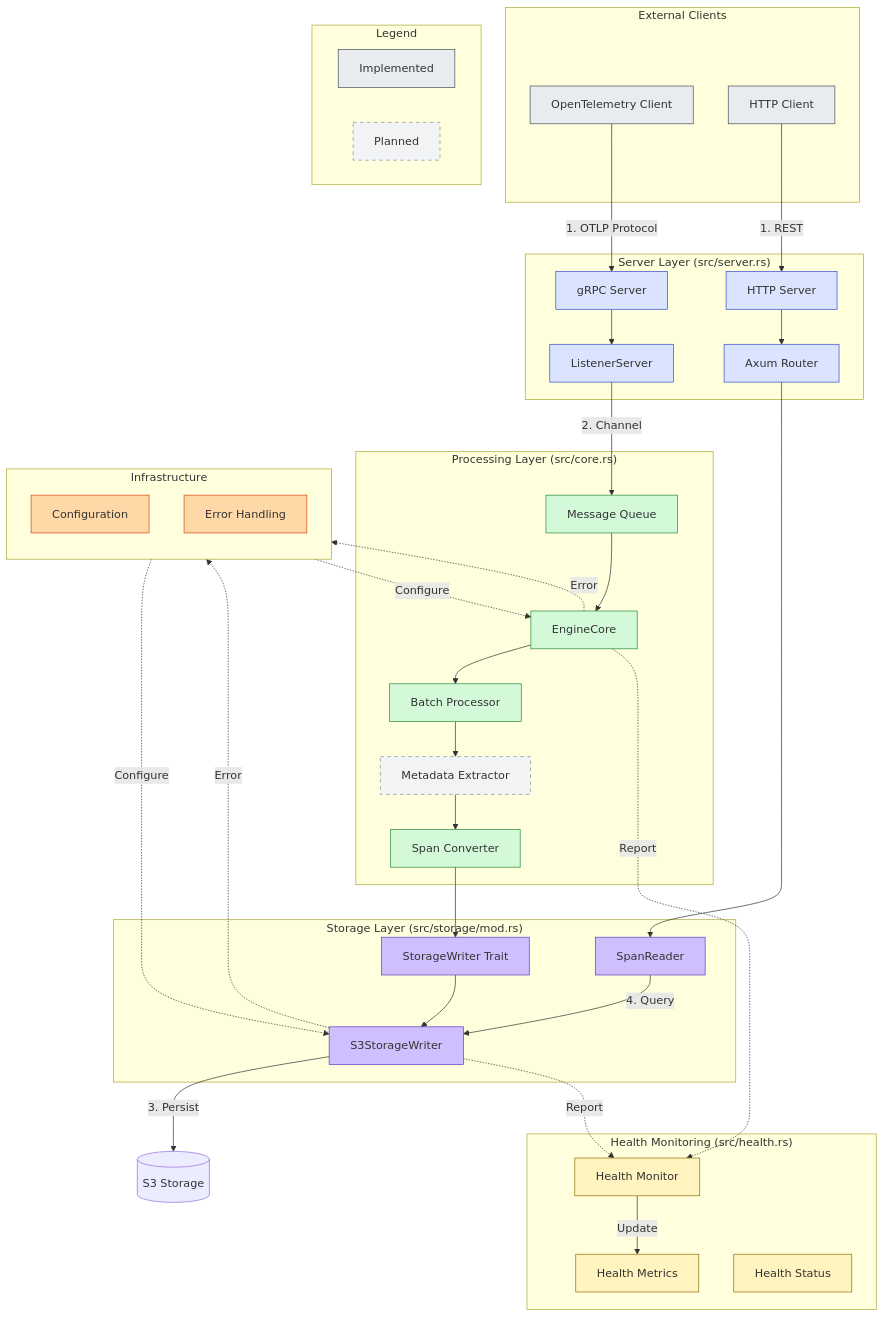
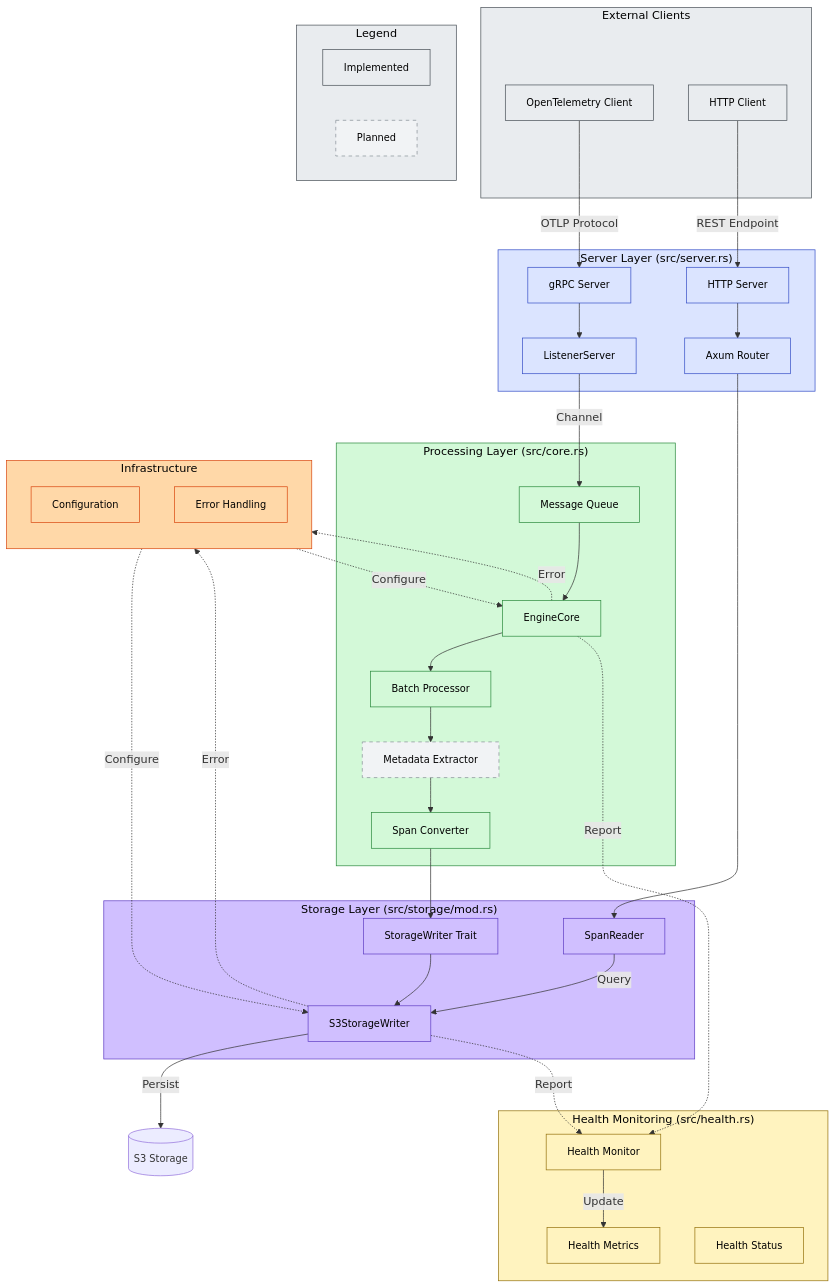
Before and after one commit to shivanshuraj1333/storage-engine: the diagram in Readme.md, drawn with Mermaid.

````diff
--- a/Readme.md
+++ b/Readme.md
@@ -60,103 +60,142 @@
 ```mermaid
 graph TD
-    %% Client Layer
+
+    %% ---------------------------------------------
+    %%  GLOBAL STYLES
+    %% ---------------------------------------------
+    classDef default font-size:14px
+
+    %% ---------------------------------------------
+    %%  CLIENT LAYER
+    %% ---------------------------------------------
     subgraph Clients["External Clients"]
         OTLP[OpenTelemetry Client]
         HTTP[HTTP Client]
-        style OTLP fill:#e9ecef,stroke:#495057
-        style HTTP fill:#e9ecef,stroke:#495057
+        style OTLP fill:#E9ECEF,stroke:#495057,color:#000
+        style HTTP fill:#E9ECEF,stroke:#495057,color:#000
     end
 
-    %% Server Layer
+    %% ---------------------------------------------
+    %%  SERVER LAYER
+    %% ---------------------------------------------
     subgraph Server["Server Layer (src/server.rs)"]
         GS[gRPC Server]
         HS[HTTP Server]
         LS[ListenerServer]
         Router[Axum Router]
-        style GS fill:#dbe4ff,stroke:#364fc7
-        style HS fill:#dbe4ff,stroke:#364fc7
-        style LS fill:#dbe4ff,stroke:#364fc7
-        style Router fill:#dbe4ff,stroke:#364fc7
+        style GS fill:#DBE4FF,stroke:#364FC7,color:#000
+        style HS fill:#DBE4FF,stroke:#364FC7,color:#000
+        style LS fill:#DBE4FF,stroke:#364FC7,color:#000
+        style Router fill:#DBE4FF,stroke:#364FC7,color:#000
     end
 
-    %% Processing Layer
+    %% ---------------------------------------------
+    %%  PROCESSING LAYER
+    %% ---------------------------------------------
     subgraph Core["Processing Layer (src/core.rs)"]
         EC[EngineCore]
         Queue[Message Queue]
         Batch[Batch Processor]
         ME[Metadata Extractor]:::planned
         Conv[Span Converter]
-        style EC fill:#d3f9d8,stroke:#2b8a3e
-        style Queue fill:#d3f9d8,stroke:#2b8a3e
-        style Batch fill:#d3f9d8,stroke:#2b8a3e
-        style Conv fill:#d3f9d8,stroke:#2b8a3e
+        style EC fill:#D3F9D8,stroke:#2B8A3E,color:#000
+        style Queue fill:#D3F9D8,stroke:#2B8A3E,color:#000
+        style Batch fill:#D3F9D8,stroke:#2B8A3E,color:#000
+        style Conv fill:#D3F9D8,stroke:#2B8A3E,color:#000
     end
 
-    %% Health Monitoring
+    %% ---------------------------------------------
+    %%  HEALTH MONITORING
+    %% ---------------------------------------------
     subgraph Health["Health Monitoring (src/health.rs)"]
         HM[Health Monitor]
         Metrics[Health Metrics]
         Status[Health Status]
-        style HM fill:#fff3bf,stroke:#94710c
-        style Metrics fill:#fff3bf,stroke:#94710c
-        style Status fill:#fff3bf,stroke:#94710c
+        style HM fill:#FFF3BF,stroke:#94710C,color:#000
+        style Metrics fill:#FFF3BF,stroke:#94710C,color:#000
+        style Status fill:#FFF3BF,stroke:#94710C,color:#000
     end
 
-    %% Storage Layer
+    %% ---------------------------------------------
+    %%  STORAGE LAYER
+    %% ---------------------------------------------
     subgraph Storage["Storage Layer (src/storage/mod.rs)"]
         SW[StorageWriter Trait]
         S3W[S3StorageWriter]
         Reader[SpanReader]
-        style SW fill:#d0bfff,stroke:#5f3dc4
-        style S3W fill:#d0bfff,stroke:#5f3dc4
-        style Reader fill:#d0bfff,stroke:#5f3dc4
+        style SW fill:#D0BFFF,stroke:#5F3DC4,color:#000
+        style S3W fill:#D0BFFF,stroke:#5F3DC4,color:#000
+        style Reader fill:#D0BFFF,stroke:#5F3DC4,color:#000
     end
 
-    %% Config & Error Layer
+    %% ---------------------------------------------
+    %%  INFRASTRUCTURE (CONFIG + ERRORS)
+    %% ---------------------------------------------
     subgraph Infrastructure["Infrastructure"]
         direction TB
         Config[Configuration]
         Errors[Error Handling]
-        style Config fill:#ffd8a8,stroke:#d9480f
-        style Errors fill:#ffd8a8,stroke:#d9480f
+        style Config fill:#FFD8A8,stroke:#D9480F,color:#000
+        style Errors fill:#FFD8A8,stroke:#D9480F,color:#000
     end
 
-    %% Data Flow - Main Path
-    OTLP -->|"1. OTLP Protocol"| GS
-    HTTP -->|"1. REST"| HS
+    %% ---------------------------------------------
+    %%  DATA FLOW - MAIN PATH
+    %% ---------------------------------------------
+    OTLP -->|"OTLP Protocol"| GS
+    HTTP -->|"REST Endpoint"| HS
     GS --> LS
     HS --> Router
-    LS -->|"2. Channel"| Queue
+    LS -->|"Channel"| Queue
     Queue --> EC
     EC --> Batch
     Batch --> ME
     ME --> Conv
     Conv --> SW
     SW --> S3W
-    S3W -->|"3. Persist"| S3[(S3 Storage)]
-    Reader -->|"4. Query"| S3W
+    S3W -->|"Persist"| S3[(S3 Storage)]
+    Reader -->|"Query"| S3W
     Router --> Reader
 
-    %% Monitoring & Config Flow
+    %% ---------------------------------------------
+    %%  MONITORING & CONFIG FLOW
+    %% ---------------------------------------------
     EC -.->|"Report"| HM
     S3W -.->|"Report"| HM
     HM -->|"Update"| Metrics
     Config -.->|"Configure"| EC
     Config -.->|"Configure"| S3W
 
-    %% Error Flow
+    %% ---------------------------------------------
+    %%  ERROR FLOW
+    %% ---------------------------------------------
     EC -.->|"Error"| Errors
     S3W -.->|"Error"| Errors
 
-    %% Styling for planned components
-    classDef planned fill:#f1f3f5,stroke:#868e96,stroke-dasharray:5,5
+    %% ---------------------------------------------
+    %%  STYLING FOR PLANNED COMPONENTS
+    %% ---------------------------------------------
+    classDef planned fill:#F1F3F5,stroke:#868E96,stroke-dasharray:5,5,color:#000
 
-    %% Notes
+    %% ---------------------------------------------
+    %%  LEGEND
+    %% ---------------------------------------------
     subgraph Legend
         direction LR
         Implemented[Implemented]
         Planned[Planned]:::planned
-        style Implemented fill:#e9ecef,stroke:#495057
+        style Implemented fill:#E9ECEF,stroke:#495057,color:#000
     end
 
+    %% ---------------------------------------------
+    %%  SUBGRAPH STYLES
+    %% ---------------------------------------------
+    %% Make subgraph backgrounds match their nodes & show subgraph titles in black
+    style Clients fill:#E9ECEF,stroke:#495057,color:#000
+    style Server fill:#DBE4FF,stroke:#364FC7,color:#000
+    style Core fill:#D3F9D8,stroke:#2B8A3E,color:#000
+    style Health fill:#FFF3BF,stroke:#94710C,color:#000
+    style Storage fill:#D0BFFF,stroke:#5F3DC4,color:#000
+    style Infrastructure fill:#FFD8A8,stroke:#D9480F,color:#000
+    style Legend fill:#E9ECEF,stroke:#495057,color:#000
 ```
````
